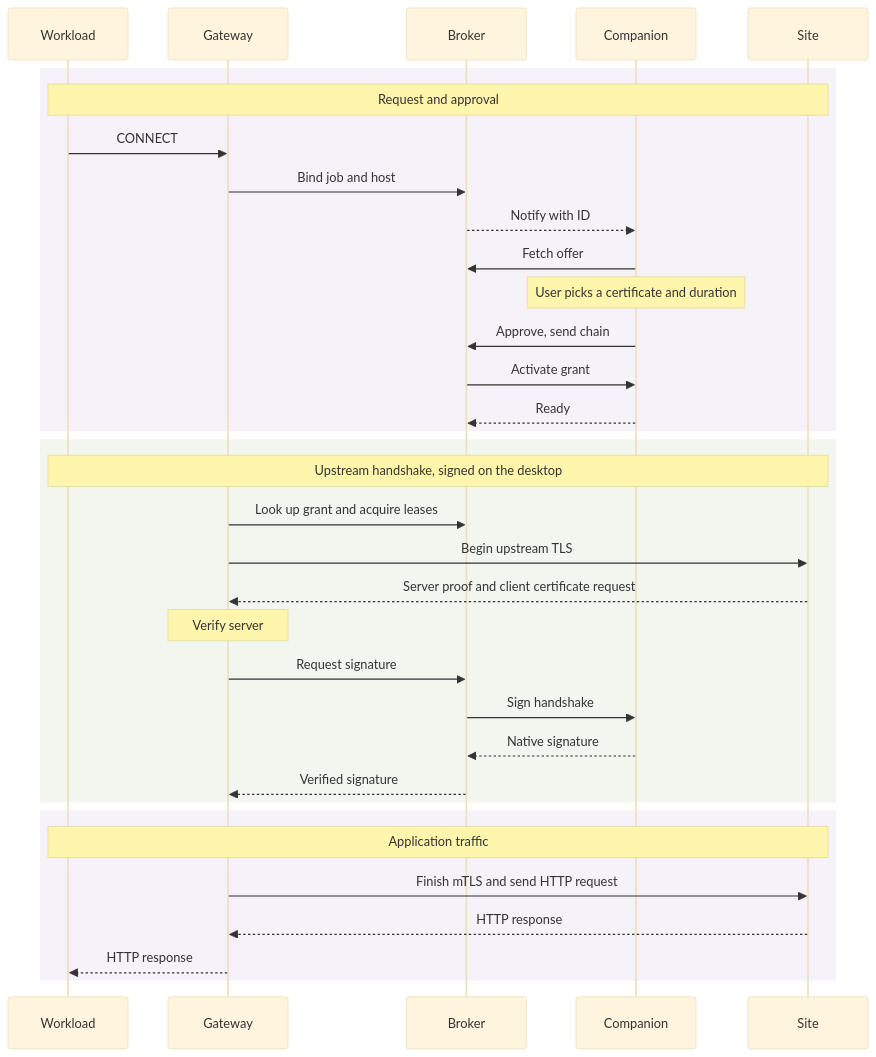
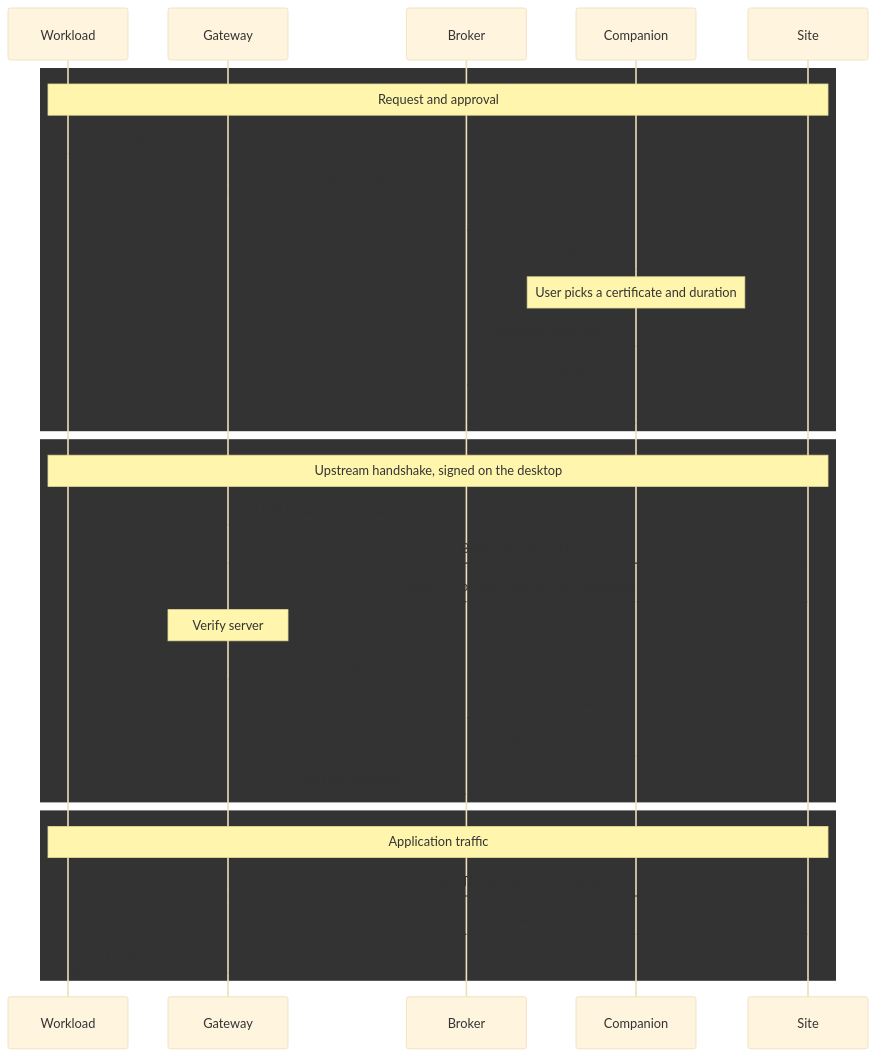
Before and after one commit to zeroae/countersign: the diagram in docs/assets/diagrams/first-request.mmd, drawn with Mermaid (base theme). The commit also changed 15 other files, not shown here.

First line of the commit message:
Harden the diagram renderer and drop empty diagram links (#14)

```diff
--- a/docs/assets/diagrams/first-request.mmd
+++ b/docs/assets/diagrams/first-request.mmd
@@ -1,36 +1,36 @@
 sequenceDiagram
     accTitle: A first protected request
     accDescr: Three phases. The Workload's CONNECT waits while the user approves a certificate in the Companion. The Gateway then verifies the site and gets the TLS handshake signed on the desktop through the Broker. Finally the request and response flow through the Gateway.
     participant W as Workload
     participant G as Gateway
     participant B as Broker
     participant C as Companion
     participant S as Site
-    rect rgb(246,242,249)
+    rect {band-request}
     Note over W,S: Request and approval
     W->>G: CONNECT
     G->>B: Bind job and host
     B-->>C: Notify with ID
     C->>B: Fetch offer
     Note over C: User picks a certificate and duration
     C->>B: Approve, send chain
     B->>C: Activate grant
     C-->>B: Ready
     end
-    rect rgb(242,246,239)
+    rect {band-sign}
     Note over W,S: Upstream handshake, signed on the desktop
     G->>B: Look up grant and acquire leases
     G->>S: Begin upstream TLS
     S-->>G: Server proof and client certificate request
     Note over G: Verify server
     G->>B: Request signature
     B->>C: Sign handshake
     C-->>B: Native signature
     B-->>G: Verified signature
     end
-    rect rgb(246,242,249)
+    rect {band-request}
     Note over W,S: Application traffic
     G->>S: Finish mTLS and send HTTP request
     S-->>G: HTTP response
     G-->>W: HTTP response
     end
```
